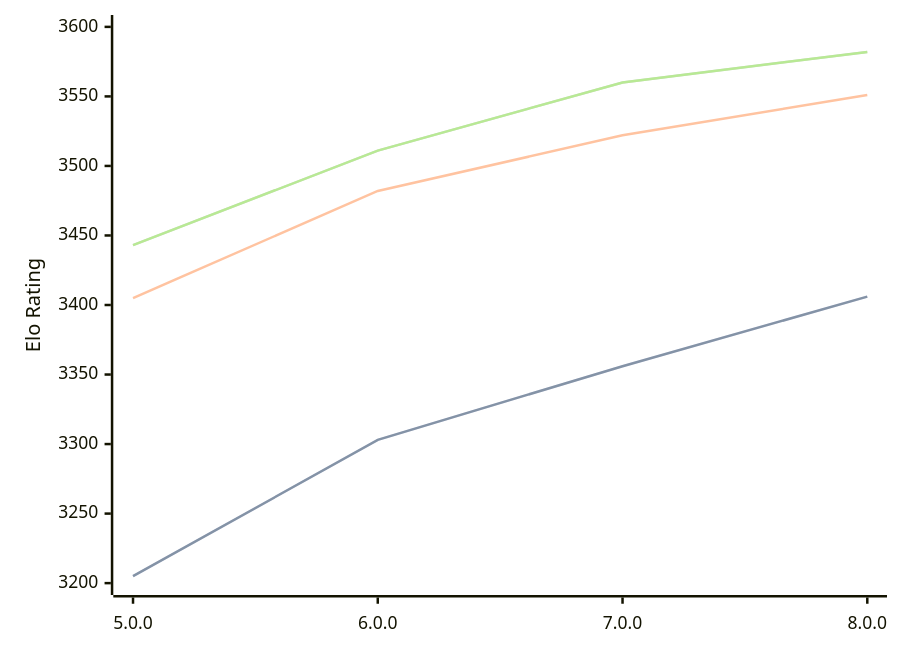
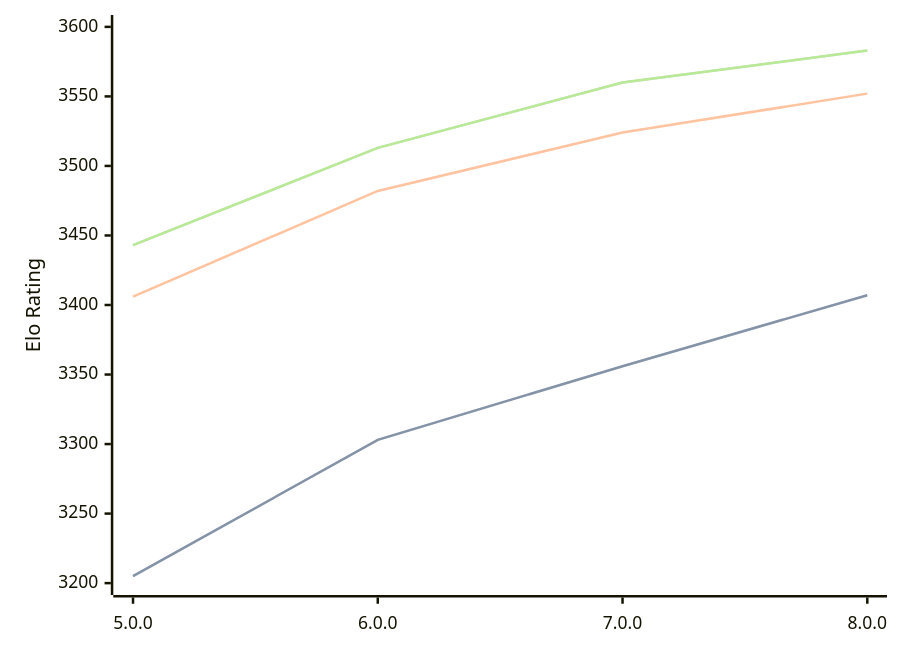
One commit to computer-chess-index/cci changed the diagram in engines/Stormphrax.md. Above: the diagram before and after it, drawn with Mermaid. The commit also changed other lines of this file, not shown here.

Commit message:
Update CCI Ratings (ELO VLTC) - 2026-09-16

````diff
--- a/engines/Stormphrax.md
+++ b/engines/Stormphrax.md
@@ -34,11 +34,11 @@
 ```mermaid
 %%{init: {"theme":"base","themeVariables":{"seriesColors:['#a3a3a3','#222221','#faa371']}}}%%
 xychart-beta
   x-axis ["5.0.0", "6.0.0", "7.0.0", "8.0.0"]
   y-axis "Elo Rating" 3200 --> 3600
-  line "" [3205, 3303, 3356, 3406]
-  line "STC (8.0+0.08s)" [3205, 3303, 3356, 3406]
-  line "LTC (60.0+0.60s)" [3405, 3482, 3522, 3551]
-  line "" [3443, 3511, 3560, 3582]
-  line "VLTC (2m24s+1.12s)" [3443, 3511, 3560, 3582]
+  line "" [3205, 3303, 3356, 3407]
+  line "STC (8.0+0.08s)" [3205, 3303, 3356, 3407]
+  line "LTC (60.0+0.60s)" [3406, 3482, 3524, 3552]
+  line "" [3443, 3513, 3560, 3583]
+  line "VLTC (2m24s+1.12s)" [3443, 3513, 3560, 3583]
 ```
````
